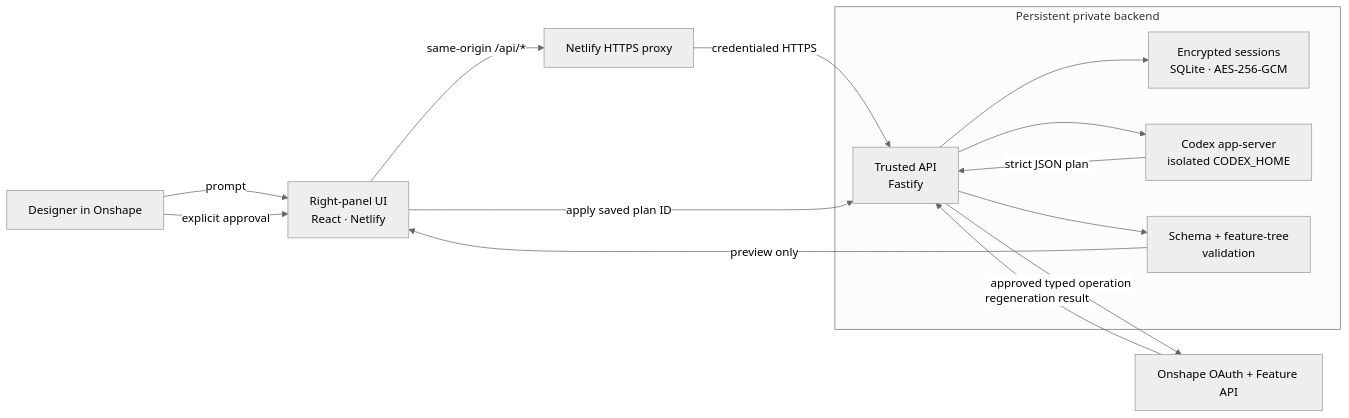
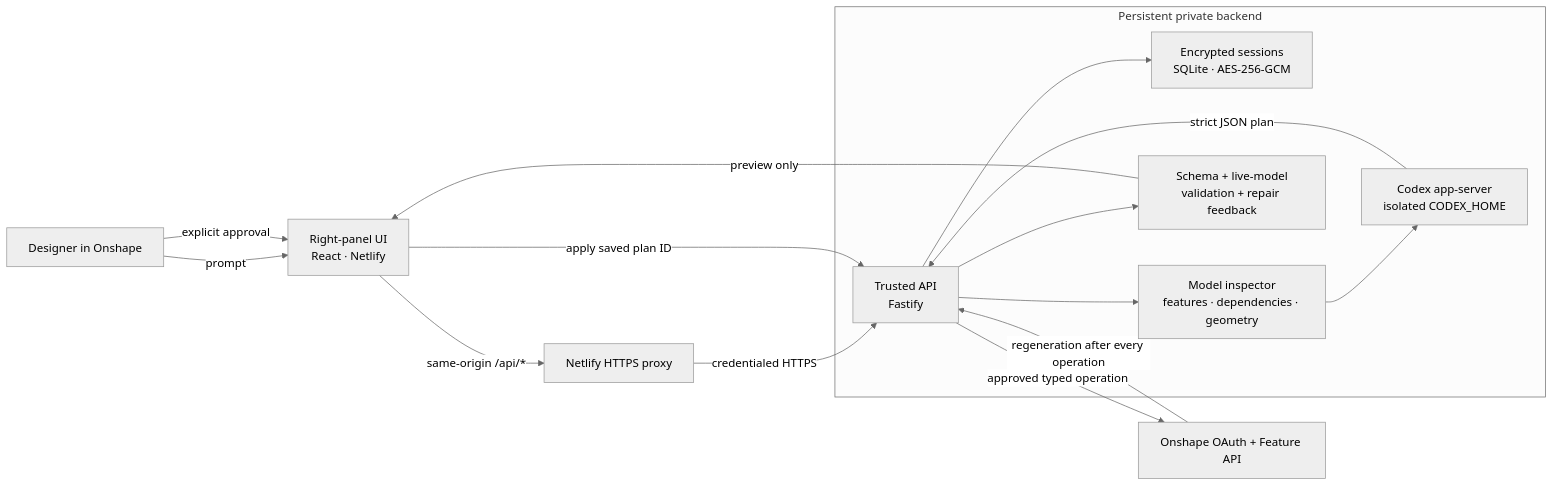
Before and after one commit to MayoWolf/MorAssistant: the second of 2 diagrams in README.md, drawn with Mermaid (neutral theme). The commit also changed other lines of this file and 12 other files, not shown here.

````diff
--- a/README.md
+++ b/README.md
@@ -97,19 +135,20 @@
 ```mermaid
 flowchart LR
   U["Designer in Onshape"] -->|prompt| P["Right-panel UI<br/>React · Netlify"]
   P -->|same-origin /api/*| N["Netlify HTTPS proxy"]
   N -->|credentialed HTTPS| A["Trusted API<br/>Fastify"]
 
   subgraph Backend["Persistent private backend"]
     A --> S["Encrypted sessions<br/>SQLite · AES-256-GCM"]
-    A --> C["Codex app-server<br/>isolated CODEX_HOME"]
+    A --> I["Model inspector<br/>features · dependencies · geometry"]
+    I --> C["Codex app-server<br/>isolated CODEX_HOME"]
     C -->|strict JSON plan| A
-    A --> V["Schema + feature-tree<br/>validation"]
+    A --> V["Schema + live-model<br/>validation + repair feedback"]
   end
 
   V -->|preview only| P
   U -->|explicit approval| P
   P -->|apply saved plan ID| A
   A -->|approved typed operation| O["Onshape OAuth + Feature API"]
-  O -->|regeneration result| A
+  O -->|regeneration after every operation| A
 ```
````
